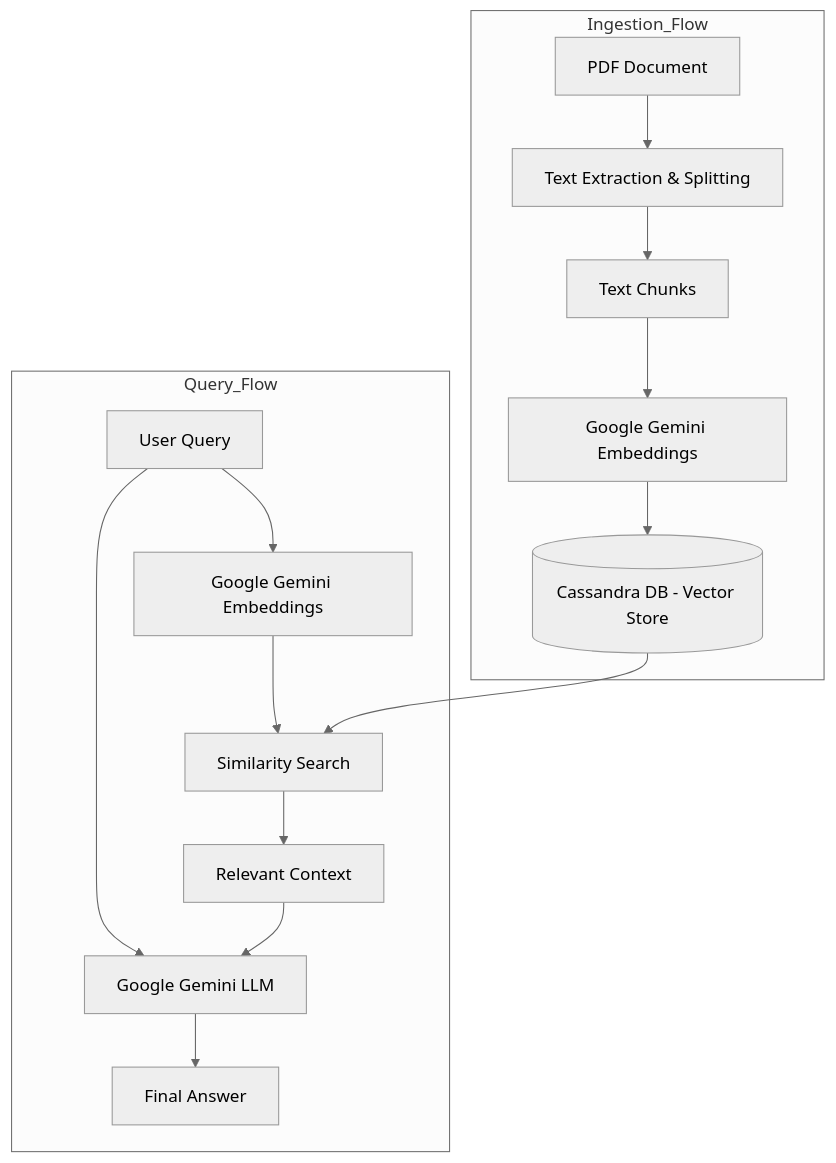
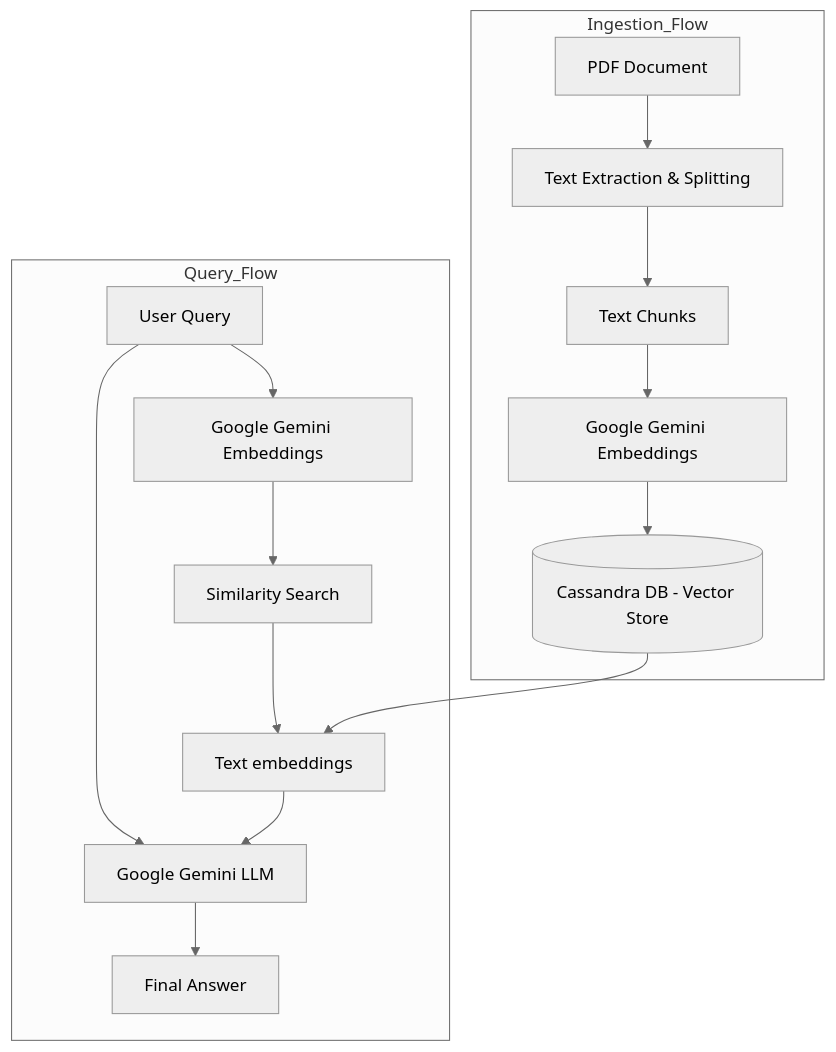
The diagram in README.md (jxlee007/PDF-Query), drawn with Mermaid (neutral theme) before and after one commit.

````diff
--- a/README.md
+++ b/README.md
@@ -6,19 +6,19 @@
 ```mermaid
 graph TD
     subgraph Ingestion_Flow
         A[PDF Document] --> B[Text Extraction & Splitting]
         B --> C[Text Chunks]
         C --> D[Google Gemini Embeddings]
         D --> E[(Cassandra DB - Vector Store)]
     end
 
     subgraph Query_Flow
         F[User Query] --> G[Google Gemini Embeddings]
         G --> H[Similarity Search]
-        E --> H
-        H --> I[Relevant Context]
+        H --> I[Text embeddings]
+        E --> I
         I --> J[Google Gemini LLM]
         F --> J
         J --> K[Final Answer]
     end
 ```
````
